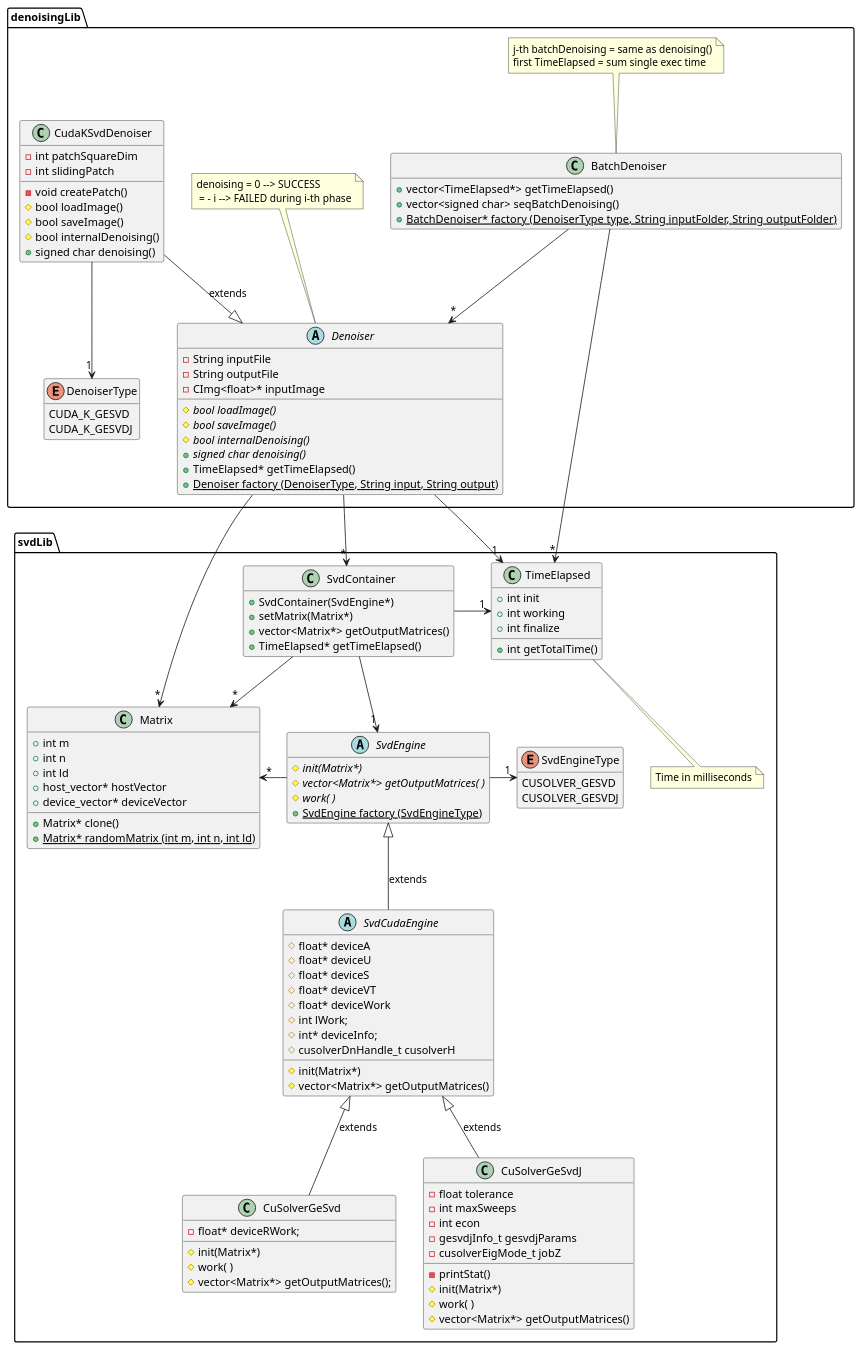
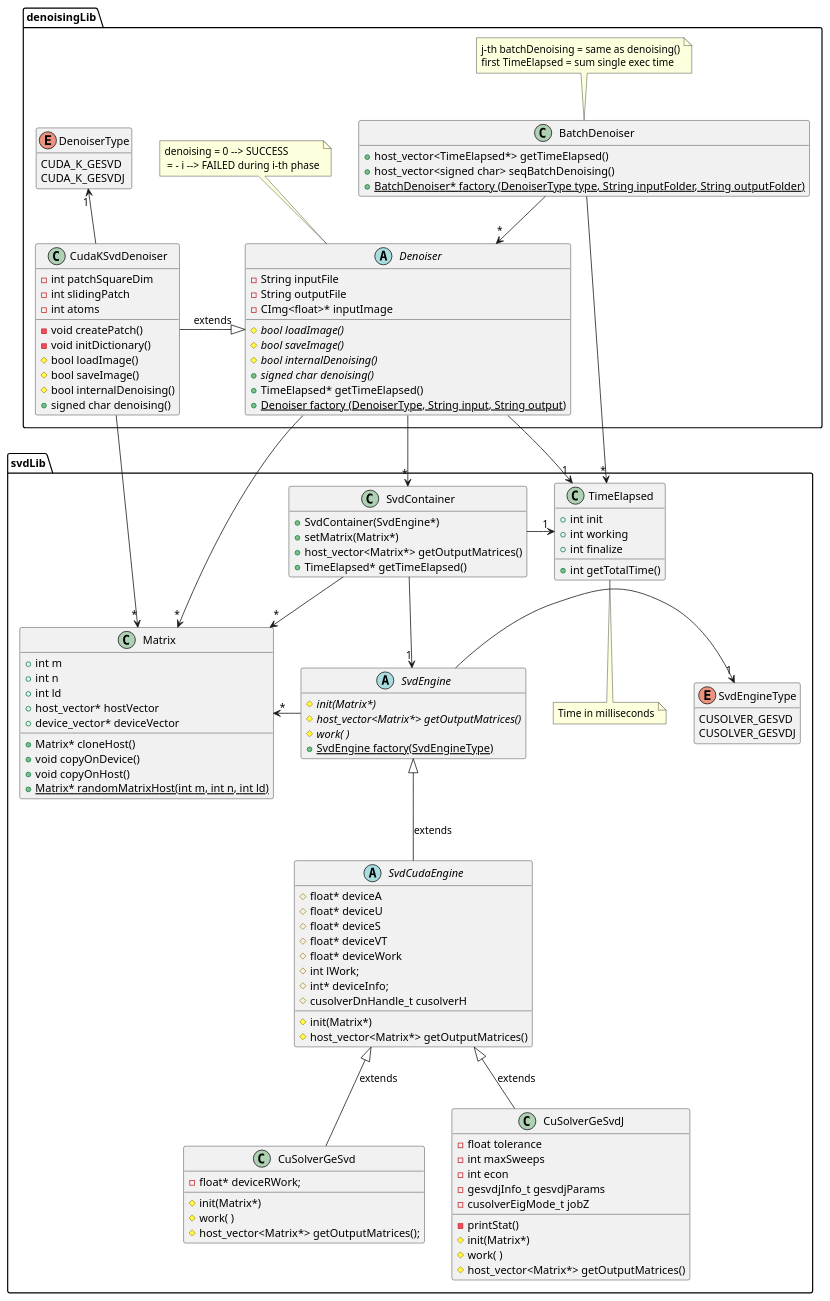
The diagram in uml/src/classDiagram.puml (newfla/CUDA-K-SVD-Denoising), drawn with PlantUML before and after one commit. The commit also changed 13 other files, not shown here.

```diff
--- a/uml/src/classDiagram.puml
+++ b/uml/src/classDiagram.puml
@@ -1,154 +1,159 @@
 @startuml diagrammaSVD
 
 package svdLib {
     class Matrix{
         + int m
         + int n
         + int ld
         + host_vector* hostVector
         + device_vector* deviceVector
-        + Matrix* clone()
-        {static} + Matrix* randomMatrix (int m, int n, int ld)
+        + Matrix* cloneHost()
+        + void copyOnDevice()
+        + void copyOnHost()
+        {static} + Matrix* randomMatrixHost(int m, int n, int ld)
     }
 
     abstract class SvdEngine{
         
         {abstract} # init(Matrix*)
-        {abstract} # vector<Matrix*> getOutputMatrices( )
+        {abstract} # host_vector<Matrix*> getOutputMatrices()
         {abstract} # work( )
-        {static} + SvdEngine factory (SvdEngineType)
+        {static} + SvdEngine factory(SvdEngineType)
     }
 
     abstract class SvdCudaEngine{
 
         # float* deviceA
         # float* deviceU
         # float* deviceS
         # float* deviceVT
         # float* deviceWork
         # int lWork;
         # int* deviceInfo;
         # cusolverDnHandle_t cusolverH
         
 
         #  init(Matrix*)
-        #  vector<Matrix*> getOutputMatrices()
+        #  host_vector<Matrix*> getOutputMatrices()
     }
 
     enum SvdEngineType{
             CUSOLVER_GESVD
             CUSOLVER_GESVDJ
     }
 
     class CuSolverGeSvd{
 
         - float* deviceRWork;
 
         # init(Matrix*)
         # work( )
-        # vector<Matrix*> getOutputMatrices();
+        # host_vector<Matrix*> getOutputMatrices();
     }
 
     class CuSolverGeSvdJ{
 
         - float tolerance
         - int maxSweeps
         - int econ
         - gesvdjInfo_t gesvdjParams
         - cusolverEigMode_t jobZ
 
         - printStat()
         # init(Matrix*)
         # work( )
-        # vector<Matrix*> getOutputMatrices()
+        # host_vector<Matrix*> getOutputMatrices()
     }
 
 
     class TimeElapsed{
         + int init
         + int working
         + int finalize
         + int getTotalTime()
     }
 
     note bottom: Time in milliseconds
 
     class SvdContainer{
 
         + SvdContainer(SvdEngine*)
         + setMatrix(Matrix*)
-        + vector<Matrix*> getOutputMatrices()
+        + host_vector<Matrix*> getOutputMatrices()
         + TimeElapsed* getTimeElapsed()
     }
 
     SvdContainer -->  "*" Matrix 
     SvdContainer --> "1" SvdEngine
     TimeElapsed "1" <- SvdContainer
     SvdEngine -> "*" Matrix
     SvdEngine -> "1" SvdEngineType
     SvdEngine <|-- SvdCudaEngine : extends
     SvdCudaEngine <|-- CuSolverGeSvdJ : extends
     SvdCudaEngine <|-- CuSolverGeSvd : extends
 
     hide SvdEngineType methods
     hide SvdContainer fields
     hide SvdEngine fields
 }
 
 package denoisingLib{
 
     enum DenoiserType{
             CUDA_K_GESVD
             CUDA_K_GESVDJ
     }
 
     abstract class Denoiser{
 
         - String inputFile
         - String outputFile
         - CImg<float>* inputImage
 
         {abstract} # bool loadImage()
         {abstract} # bool saveImage()
         {abstract} # bool internalDenoising()
         {abstract} + signed char denoising()
         + TimeElapsed* getTimeElapsed()
         {static} + Denoiser factory (DenoiserType, String input, String output)
     }
 
     note top: denoising = 0 --> SUCCESS\n = - i --> FAILED during i-th phase 
 
     class CudaKSvdDenoiser{
         - int patchSquareDim
         - int slidingPatch
+        - int atoms
 
         - void createPatch()
+        - void initDictionary()
         # bool loadImage()
         # bool saveImage()
         # bool internalDenoising()
         + signed char denoising()
     }
 
     class BatchDenoiser{
-        + vector<TimeElapsed*> getTimeElapsed() 
-        + vector<signed char> seqBatchDenoising()
+        + host_vector<TimeElapsed*> getTimeElapsed() 
+        + host_vector<signed char> seqBatchDenoising()
         {static} + BatchDenoiser* factory (DenoiserType type, String inputFolder, String outputFolder)
     }
 
     note top: j-th batchDenoising = same as denoising()\nfirst TimeElapsed = sum single exec time 
 
 
     Denoiser --> "1" TimeElapsed
     Denoiser --> "*" Matrix
     Denoiser --> "*" SvdContainer
-    CudaKSvdDenoiser --|> Denoiser : extends
-    CudaKSvdDenoiser --> "1" DenoiserType
+    CudaKSvdDenoiser -|> Denoiser : extends
+    DenoiserType "1"<-- CudaKSvdDenoiser
+    CudaKSvdDenoiser --> "*" Matrix
     BatchDenoiser --> "*" Denoiser
     BatchDenoiser --> "*" TimeElapsed
 
     hide BatchDenoiser fields
     hide DenoiserType methods
 }
 
 
 @enduml
```
